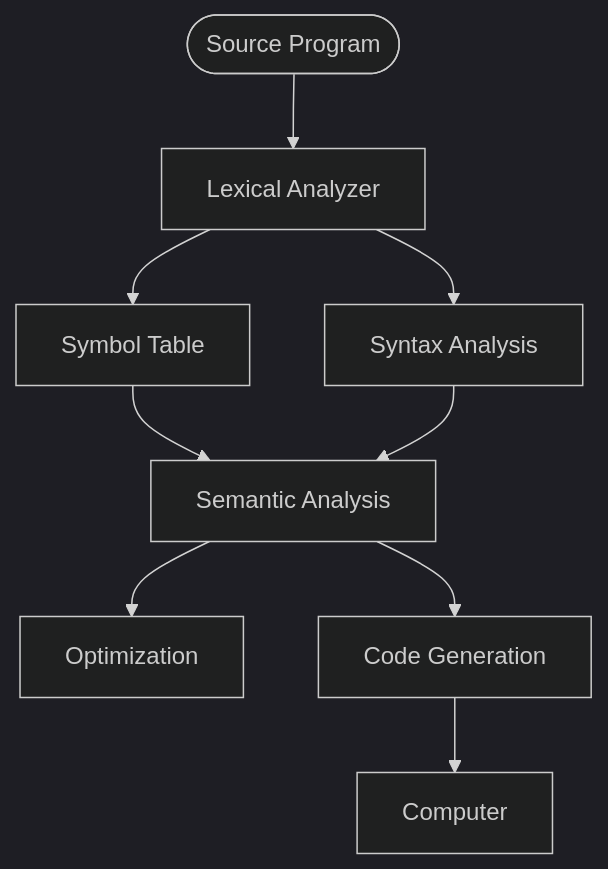
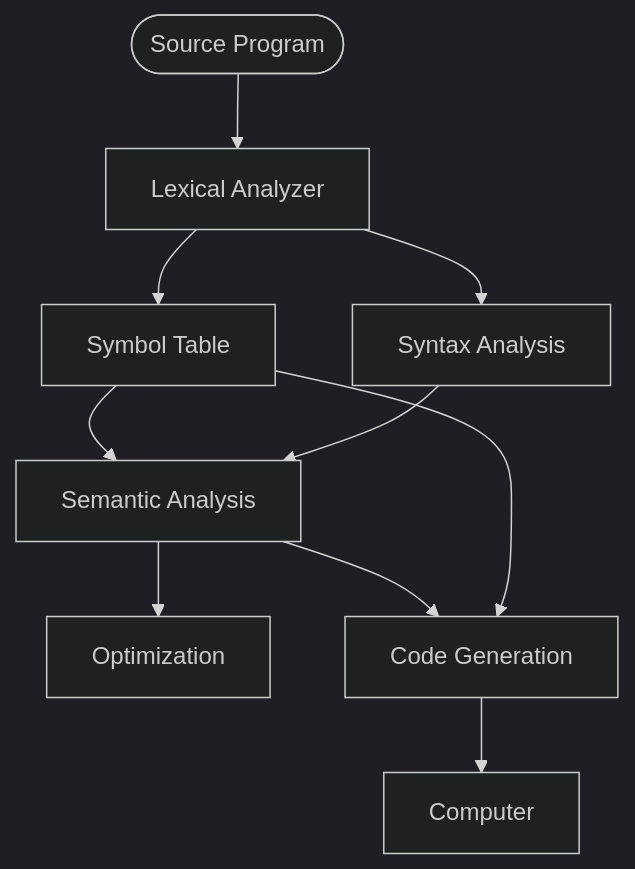
One commit to crhowell3/CSFiles changed the diagram in CS 524 Notes/2.17.20.md. Above: the diagram before and after it, drawn with Mermaid (dark theme). The commit also changed other lines of this file, not shown here.

````diff
--- a/CS 524 Notes/2.17.20.md
+++ b/CS 524 Notes/2.17.20.md
@@ -23,10 +24,11 @@
 ``` mermaid
 graph TB
 A([Source Program]) -->B[Lexical Analyzer]
     B --> C[Symbol Table]
     B --> D[Syntax Analysis]
     C --> E --> H[Optimization]
     D --> E[Semantic Analysis]
     E --> F[Code Generation]
     F --> G[Computer]
+    C --> F
 ```
````
